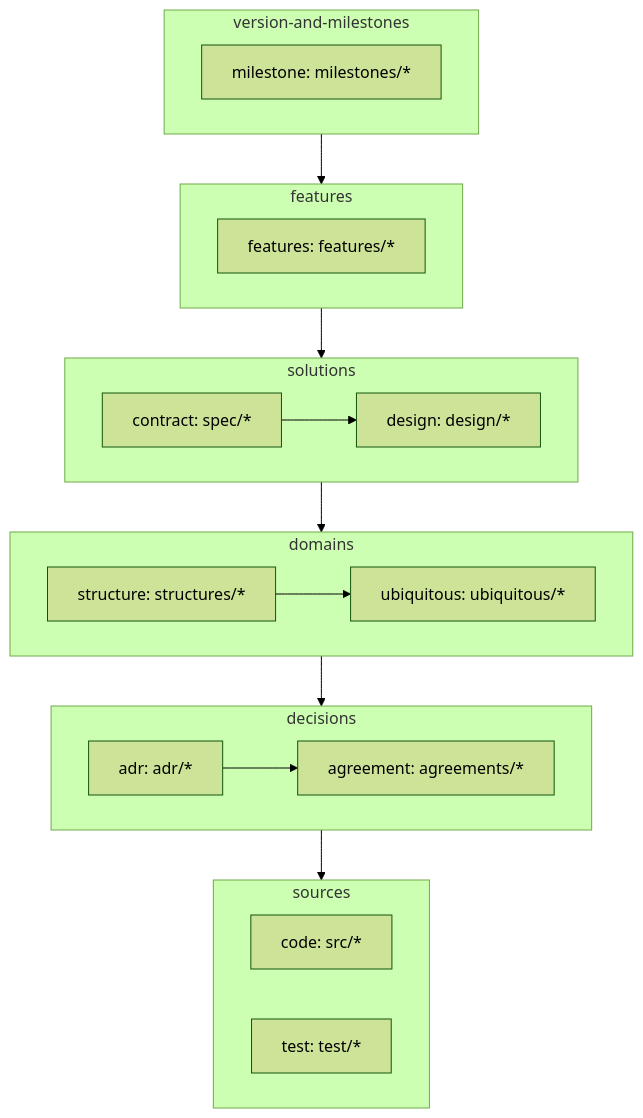
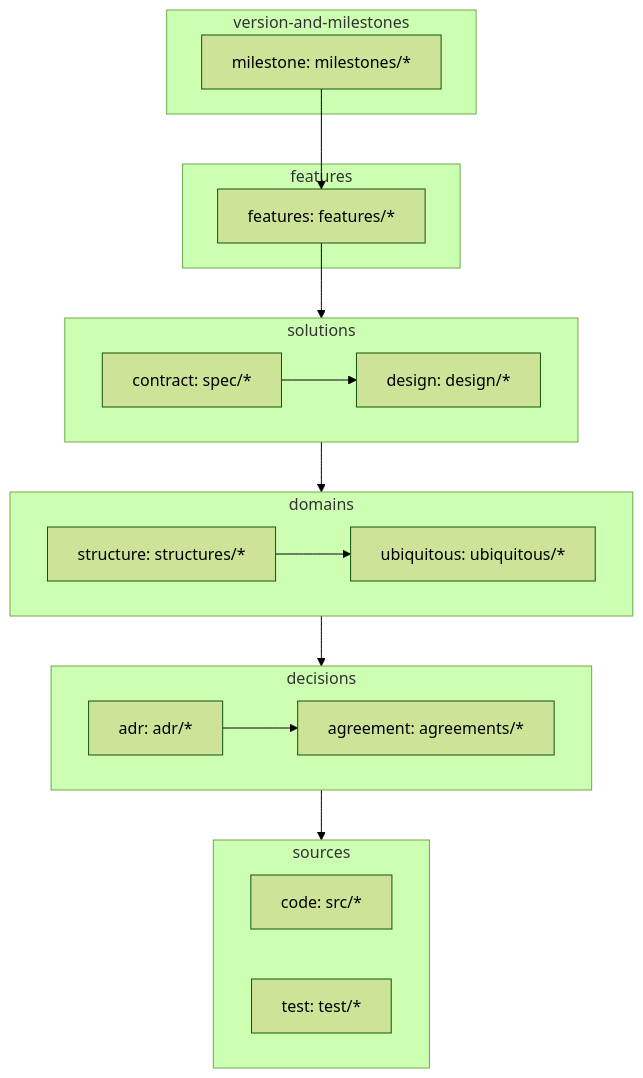
One commit to gameundwatch/periplus changed the diagram in docs/overview.md. Above: the diagram before and after it, drawn with Mermaid (forest theme).

Commit message:
fix: 単一ノードの層はノードで名指す

````diff
--- a/docs/overview.md
+++ b/docs/overview.md
@@ -9,42 +9,42 @@
 ```mermaid
 flowchart TD
 
     subgraph L1[version-and-milestones]
         milestone[milestone: milestones/*]
     end
 
     subgraph L2[features]
         feature[features: features/*]
     end
 
     subgraph L3[solutions]
         design[design: design/*]
         contract[contract: spec/*]
     end
 
     subgraph L4[domains]
         ubiquitous[ubiquitous: ubiquitous/*]
         structure[structure: structures/*]
     end
 
     subgraph L5[decisions]
         adr[adr: adr/*]
         agreement[agreement: agreements/*]
     end
 
     subgraph L6[sources]
         code[code: src/*]
         test[test: test/*]
     end
 
-    L1 --> L2
-    L2 --> L3
+    milestone --> feature
+    feature --> L3
     L3 --> L4
     L4 --> L5
     L5 --> L6
 
     contract --> design
     structure --> ubiquitous
     adr --> agreement
 
 ```
````
